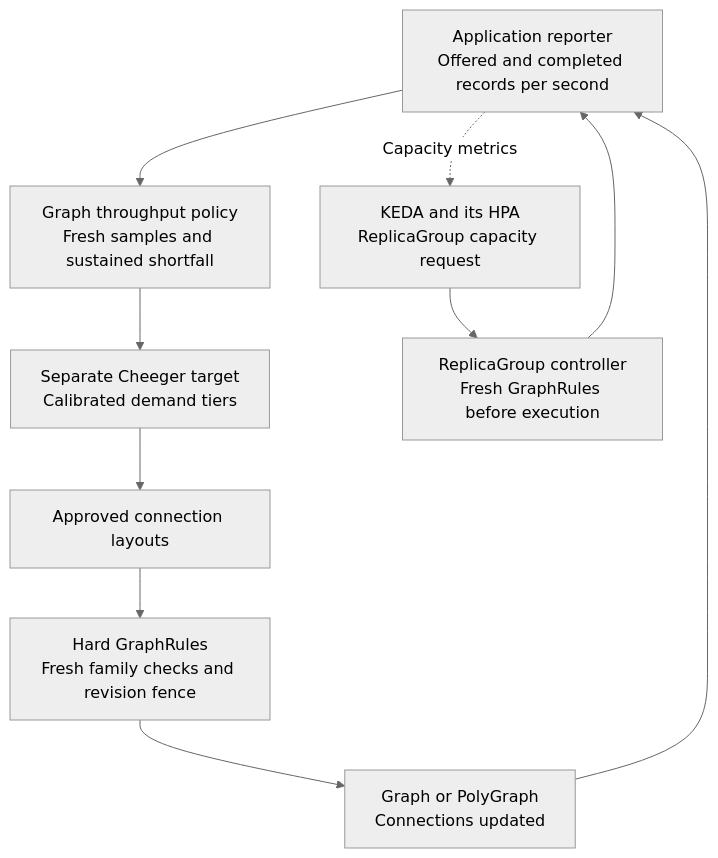
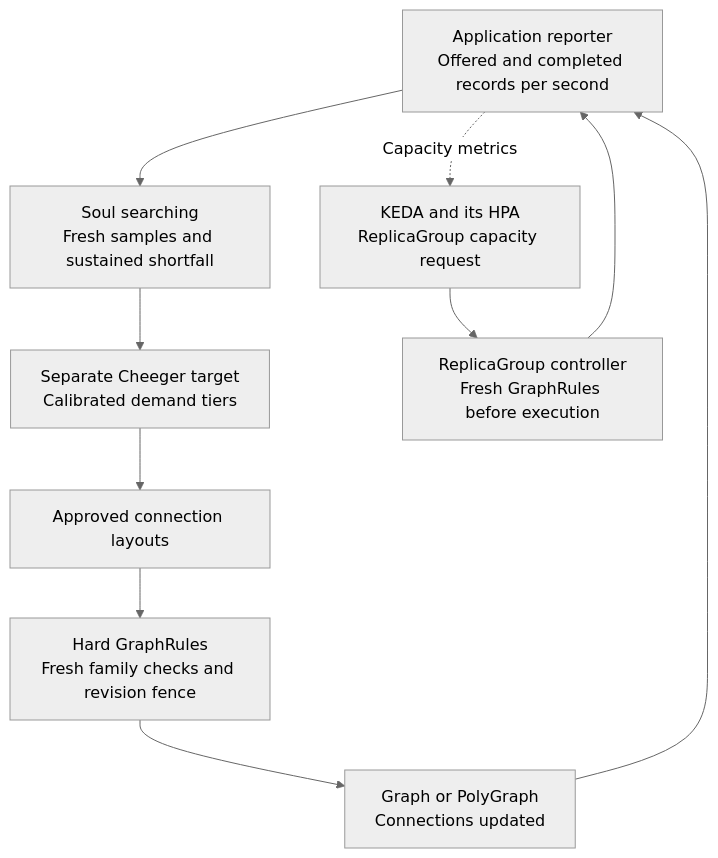
Before and after one commit to astrivant/polyad: the diagram in docs/graphs/throughput-feedback.md, drawn with Mermaid (neutral theme). The commit also changed other lines of this file and 4 other files, not shown here.

Commit message:
Soul searching

````diff
--- a/docs/graphs/throughput-feedback.md
+++ b/docs/graphs/throughput-feedback.md
@@ -33,15 +36,15 @@
 ```mermaid
 flowchart TB
     application["Application reporter<br/>Offered and completed records per second"]
-    feedback["Graph throughput policy<br/>Fresh samples and sustained shortfall"]
+    feedback["Soul searching<br/>Fresh samples and sustained shortfall"]
     targets["Separate Cheeger target<br/>Calibrated demand tiers"]
     layouts["Approved connection layouts"]
     rules["Hard GraphRules<br/>Fresh family checks and revision fence"]
     topology["Graph or PolyGraph<br/>Connections updated"]
     autoscale["KEDA and its HPA<br/>ReplicaGroup capacity request"]
     replicas["ReplicaGroup controller<br/>Fresh GraphRules before execution"]
     application --> feedback --> targets --> layouts --> rules --> topology
     application -. "Capacity metrics" .-> autoscale --> replicas
     topology --> application
     replicas --> application
 ```
````
